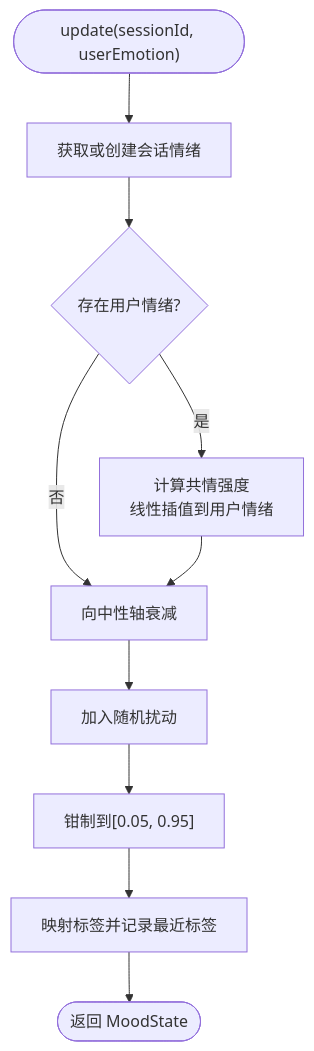
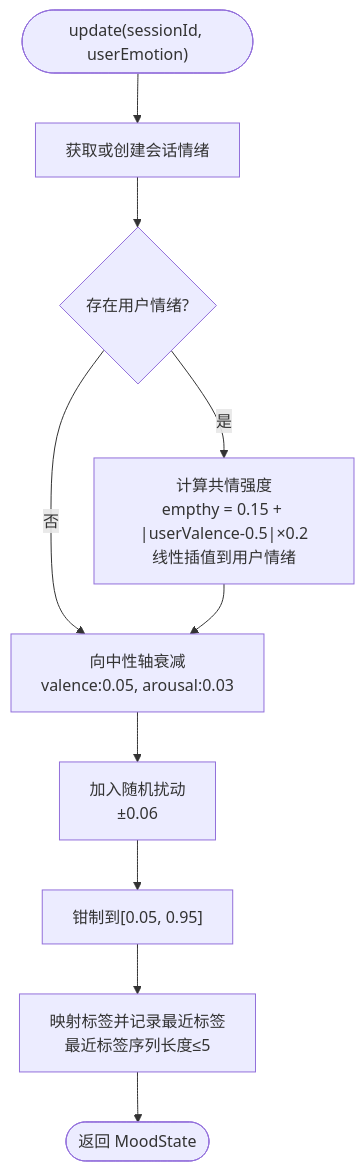
The fourth of 6 diagrams in .qoder/repowiki/zh/content/AI服务集成/情感分析服务.md (L1mingyoung/ex), drawn with Mermaid before and after one commit. The commit also changed other lines of this file and 9 other files, not shown here.

````diff
--- a/.qoder/repowiki/zh/content/AI服务集成/情感分析服务.md
+++ b/.qoder/repowiki/zh/content/AI服务集成/情感分析服务.md
@@ -164,12 +202,12 @@
 ```mermaid
 flowchart TD
 Enter(["update(sessionId, userEmotion)"]) --> Get["获取或创建会话情绪"]
 Get --> HasUser{"存在用户情绪?"}
-HasUser --> |是| Empathy["计算共情强度<br/>线性插值到用户情绪"]
-HasUser --> |否| Decay["向中性轴衰减"]
+HasUser --> |是| Empathy["计算共情强度<br/>empthy = 0.15 + |userValence-0.5|×0.2<br/>线性插值到用户情绪"]
+HasUser --> |否| Decay["向中性轴衰减<br/>valence:0.05, arousal:0.03"]
 Empathy --> Decay
-Decay --> Noise["加入随机扰动"]
+Decay --> Noise["加入随机扰动<br/>±0.06"]
 Noise --> Clamp["钳制到[0.05, 0.95]"]
-Clamp --> Label["映射标签并记录最近标签"]
+Clamp --> Label["映射标签并记录最近标签<br/>最近标签序列长度≤5"]
 Label --> Ret(["返回 MoodState"])
 ```
````
